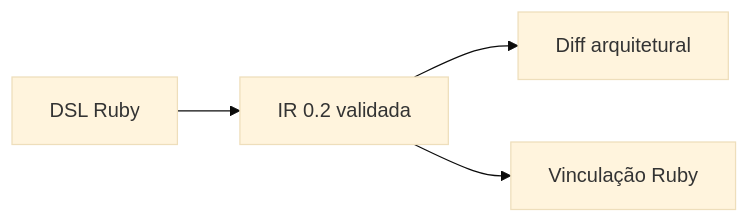
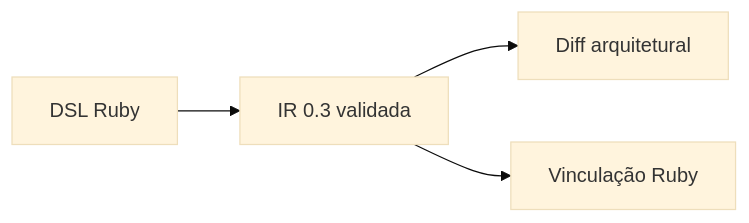
Before and after one commit to vetra-framework/vetra: the diagram in README.md, drawn with Mermaid (base theme). The commit also changed other lines of this file and 32 other files, not shown here.

Commit message:
feat(graph): adicionar retornos compostos de consultas na IR 0.3

````diff
--- a/README.md
+++ b/README.md
@@ -28,6 +28,6 @@
 ```mermaid
 flowchart LR
-    A["DSL Ruby"] --> B["IR 0.2 validada"]
+    A["DSL Ruby"] --> B["IR 0.3 validada"]
     B --> C["Diff arquitetural"]
     B --> D["Vinculação Ruby"]
 ```
````
